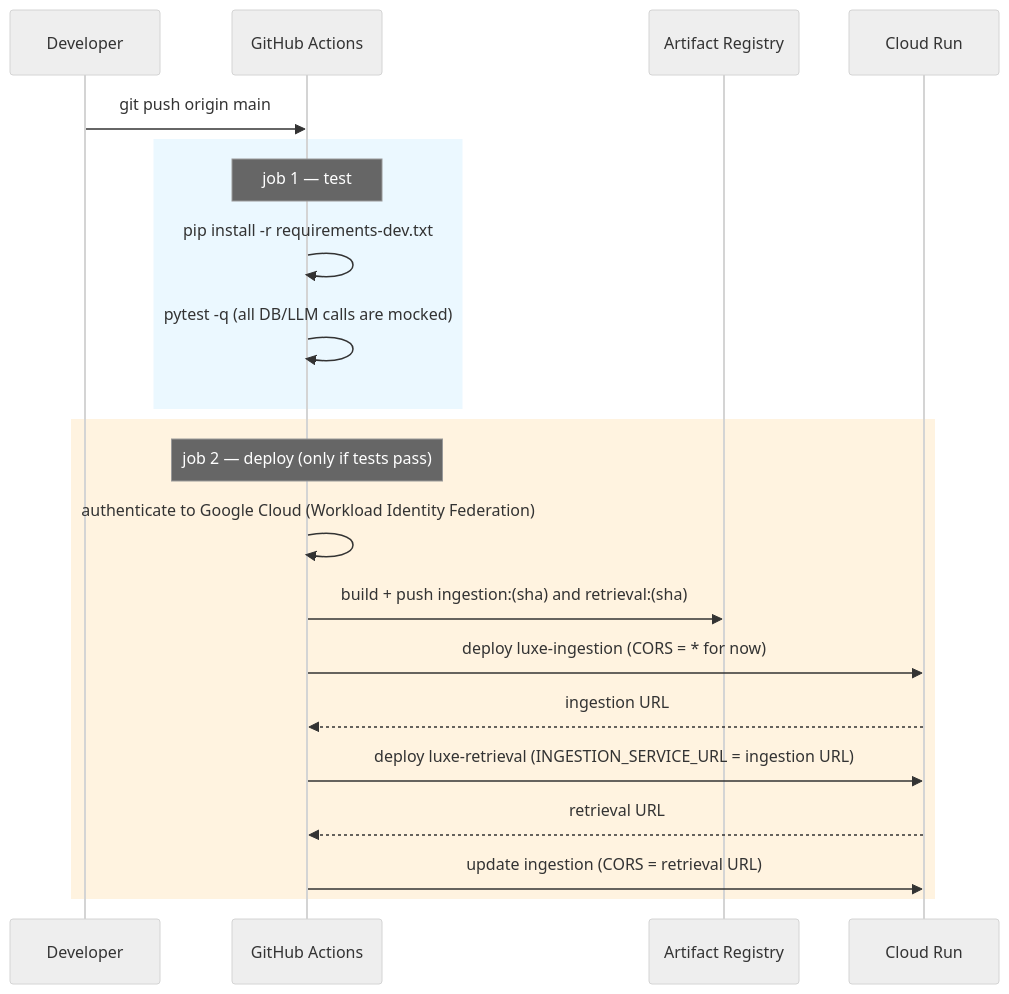
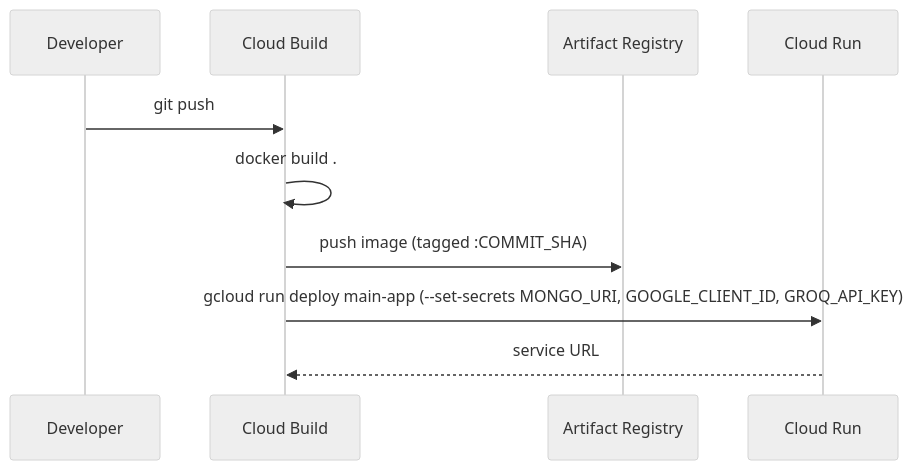
The diagram in docs/07-deployment.md (d-hackmt/ecom-store-gcp), drawn with Mermaid (neutral theme) before and after one commit. The commit also changed other lines of this file and 21 other files, not shown here.

First line of the commit message:
Remove unused split-service architecture and sync stale docs to reality

````diff
--- a/docs/07-deployment.md
+++ b/docs/07-deployment.md
@@ -57,26 +44,13 @@
 ```mermaid
 sequenceDiagram
     participant Dev as Developer
-    participant GH as GitHub Actions
+    participant CB as Cloud Build
     participant AR as Artifact Registry
     participant CR as Cloud Run
 
-    Dev->>GH: git push origin main
-
-    rect rgb(235,248,255)
-    Note over GH: job 1 — test
-    GH->>GH: pip install -r requirements-dev.txt
-    GH->>GH: pytest -q     (all DB/LLM calls are mocked)
-    end
-
-    rect rgb(255,243,224)
-    Note over GH: job 2 — deploy (only if tests pass)
-    GH->>GH: authenticate to Google Cloud (Workload Identity Federation)
-    GH->>AR: build + push ingestion:(sha) and retrieval:(sha)
-    GH->>CR: deploy luxe-ingestion  (CORS = * for now)
-    CR-->>GH: ingestion URL
-    GH->>CR: deploy luxe-retrieval  (INGESTION_SERVICE_URL = ingestion URL)
-    CR-->>GH: retrieval URL
-    GH->>CR: update ingestion  (CORS = retrieval URL)
-    end
+    Dev->>CB: git push
+    CB->>CB: docker build .
+    CB->>AR: push image (tagged :COMMIT_SHA)
+    CB->>CR: gcloud run deploy main-app (--set-secrets MONGO_URI, GOOGLE_CLIENT_ID, GROQ_API_KEY)
+    CR-->>CB: service URL
 ```
````
